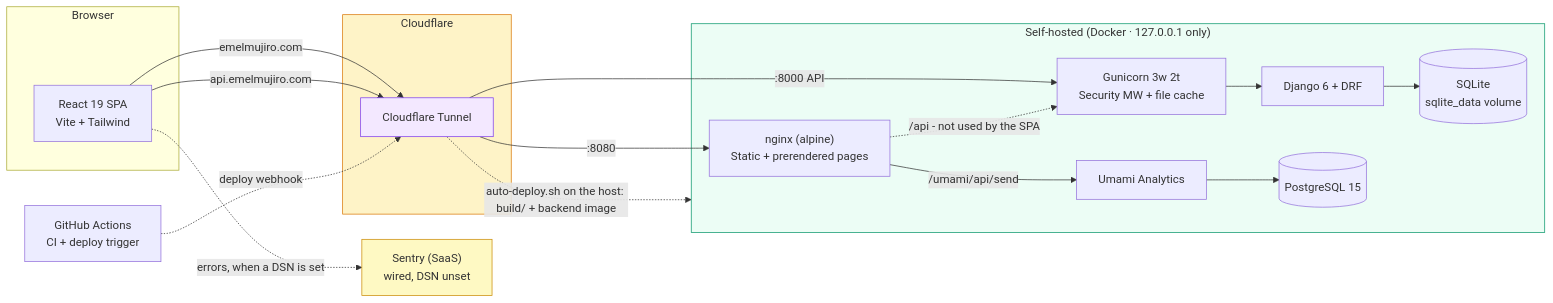
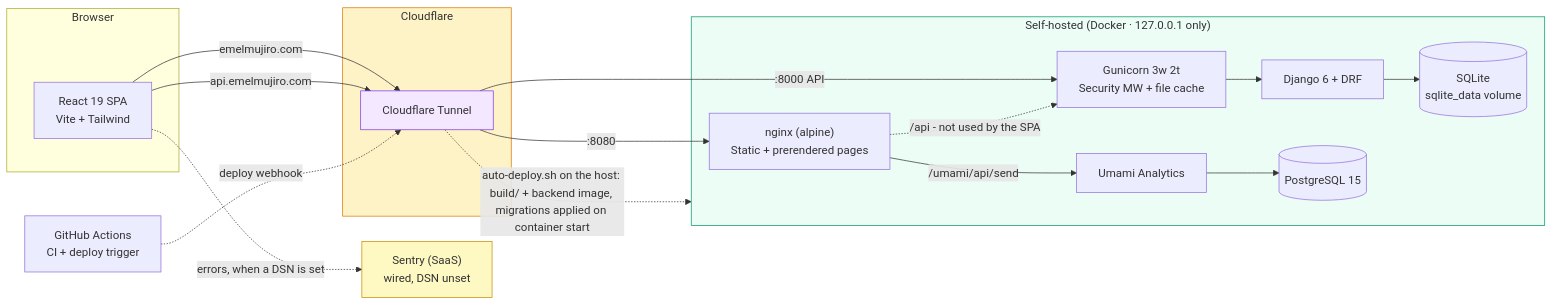
Before and after one commit to researcherhojin/emelmujiro: the diagram in README.md, drawn with Mermaid. The commit also changed 4 other files, not shown here.

````diff
--- a/README.md
+++ b/README.md
@@ -97,40 +97,40 @@
 ```mermaid
 graph LR
     subgraph Client["Browser"]
         React["React 19 SPA\nVite + Tailwind"]
     end
 
     subgraph CF["Cloudflare"]
         Tunnel["Cloudflare Tunnel"]
     end
 
     subgraph Host["Self-hosted (Docker · 127.0.0.1 only)"]
         Nginx["nginx (alpine)\nStatic + prerendered pages"]
         Gunicorn["Gunicorn 3w 2t\nSecurity MW + file cache"]
         DRF["Django 6 + DRF"]
         DB[(SQLite\nsqlite_data volume)]
         Umami["Umami Analytics"]
         UmamiDB[(PostgreSQL 15)]
     end
 
     Sentry["Sentry (SaaS)\nwired, DSN unset"]
     GHA["GitHub Actions\nCI + deploy trigger"]
 
     React -->|emelmujiro.com| Tunnel
     React -->|api.emelmujiro.com| Tunnel
     Tunnel -->|:8080| Nginx
     Tunnel -->|:8000 API| Gunicorn
     Nginx -.->|/api - not used by the SPA| Gunicorn
     Nginx -->|/umami/api/send| Umami
     Gunicorn --> DRF
     DRF --> DB
     Umami --> UmamiDB
     React -.->|errors, when a DSN is set| Sentry
     GHA -.->|deploy webhook| Tunnel
-    Tunnel -.->|auto-deploy.sh on the host: build/ + backend image| Host
+    Tunnel -.->|auto-deploy.sh on the host: build/ + backend image, migrations applied on container start| Host
 
     style Tunnel fill:#F3E8FF,stroke:#7C3AED
     style Host fill:#ECFDF5,stroke:#059669
     style CF fill:#FEF3C7,stroke:#D97706
     style Sentry fill:#FEF9C3,stroke:#CA8A04
 ```
````
